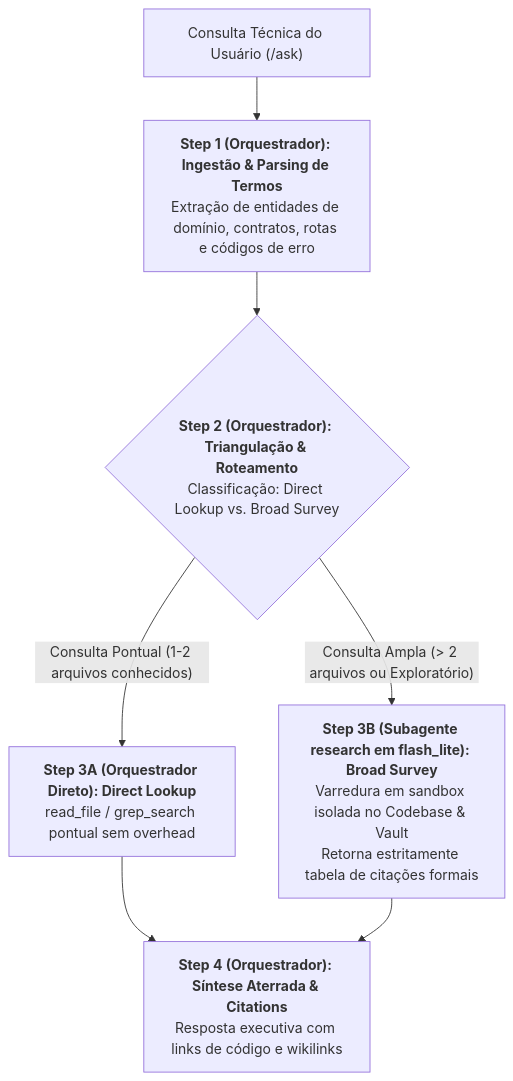
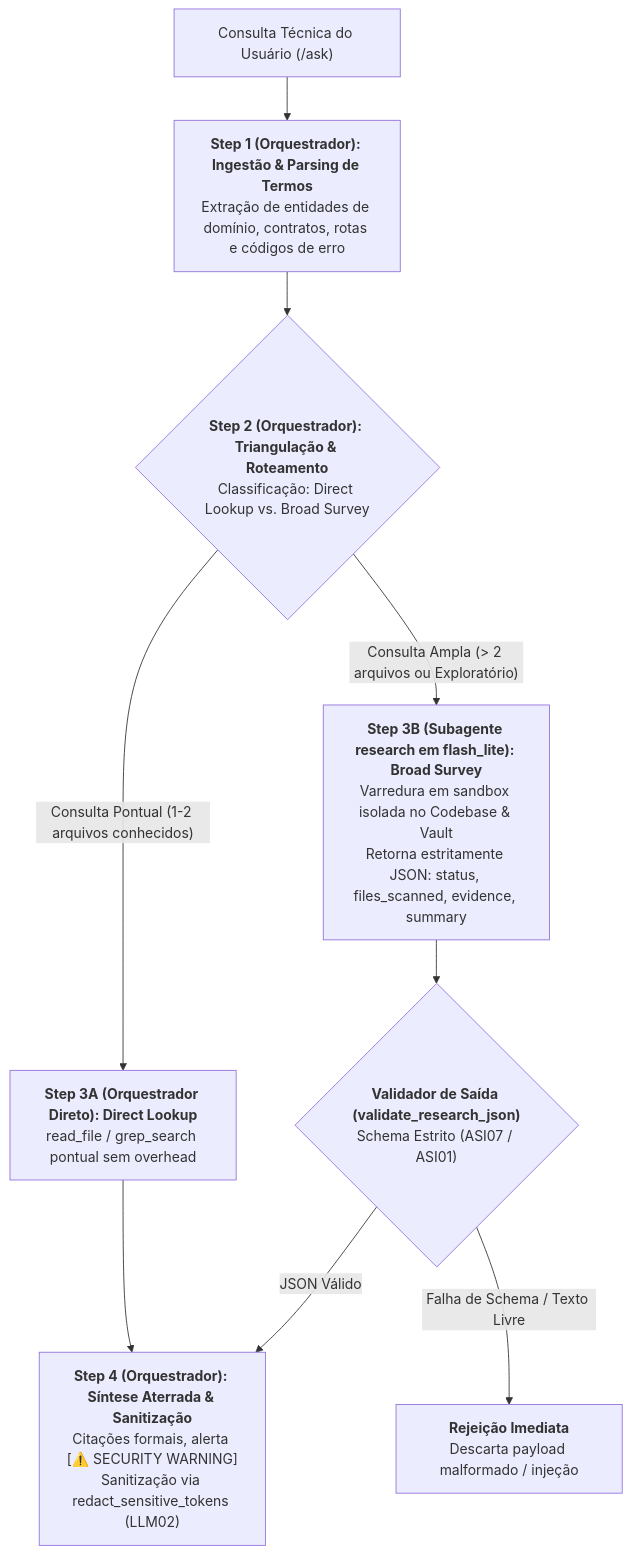
One commit to MarcosVeniciu/antigravity-agentic-skills changed the first of 2 diagrams in doc/skills/ask/README.md. Above: the diagram before and after it, drawn with Mermaid. The commit also changed other lines of this file and 4 other files, not shown here.

Commit message:
feat(security): implement structured json schema and deterministic token redaction for /ask skill

````diff
--- a/doc/skills/ask/README.md
+++ b/doc/skills/ask/README.md
@@ -26,9 +26,11 @@
 ```mermaid
 flowchart TD
     Query["Consulta Técnica do Usuário (/ask)"] --> S1["<b>Step 1 (Orquestrador): Ingestão & Parsing de Termos</b><br/>Extração de entidades de domínio, contratos, rotas e códigos de erro"]
     S1 --> S2{"<b>Step 2 (Orquestrador): Triangulação & Roteamento</b><br/>Classificação: Direct Lookup vs. Broad Survey"}
     S2 -->|"Consulta Pontual (1-2 arquivos conhecidos)"| S3A["<b>Step 3A (Orquestrador Direto): Direct Lookup</b><br/>read_file / grep_search pontual sem overhead"]
-    S2 -->|"Consulta Ampla (> 2 arquivos ou Exploratório)"| S3B["<b>Step 3B (Subagente research em flash_lite): Broad Survey</b><br/>Varredura em sandbox isolada no Codebase & Vault<br/>Retorna estritamente tabela de citações formais"]
-    S3A --> S4["<b>Step 4 (Orquestrador): Síntese Aterrada & Citations</b><br/>Resposta executiva com links de código e wikilinks"]
-    S3B --> S4
+    S2 -->|"Consulta Ampla (> 2 arquivos ou Exploratório)"| S3B["<b>Step 3B (Subagente research em flash_lite): Broad Survey</b><br/>Varredura em sandbox isolada no Codebase & Vault<br/>Retorna estritamente JSON: status, files_scanned, evidence, summary"]
+    S3B --> V1{"<b>Validador de Saída (validate_research_json)</b><br/>Schema Estrito (ASI07 / ASI01)"}
+    V1 -->|"JSON Válido"| S4["<b>Step 4 (Orquestrador): Síntese Aterrada & Sanitização</b><br/>Citações formais, alerta [⚠️ SECURITY WARNING]<br/>Sanitização via redact_sensitive_tokens (LLM02)"]
+    V1 -->|"Falha de Schema / Texto Livre"| REJ["<b>Rejeição Imediata</b><br/>Descarta payload malformado / injeção"]
+    S3A --> S4
 ```
````
